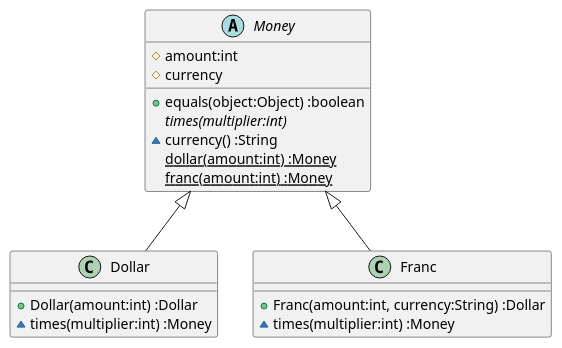
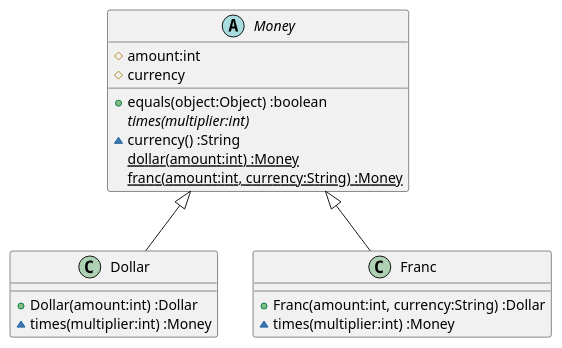
The diagram in docs/src/TDD.md (k2works/etude_for_java), drawn with PlantUML before and after one commit. The commit also changed 3 other files, not shown here.

````diff
--- a/docs/src/TDD.md
+++ b/docs/src/TDD.md
@@ -62,21 +62,21 @@
 ```puml
 class Dollar {
   +Dollar(amount:int) :Dollar
   ~times(multiplier:int) :Money
 }
 class Franc {
   +Franc(amount:int, currency:String) :Dollar
   ~times(multiplier:int) :Money
 }
 abstract Money {
   #amount:int
   #currency  
   +equals(object:Object) :boolean  
   {abstract} times(multiplier:int)
   ~currency() :String
   {static} dollar(amount:int) :Money
-  {static} franc(amount:int) :Money  
+  {static} franc(amount:int, currency:String) :Money  
 }
 Money <|-- Dollar
 Money <|-- Franc
 ```
````
